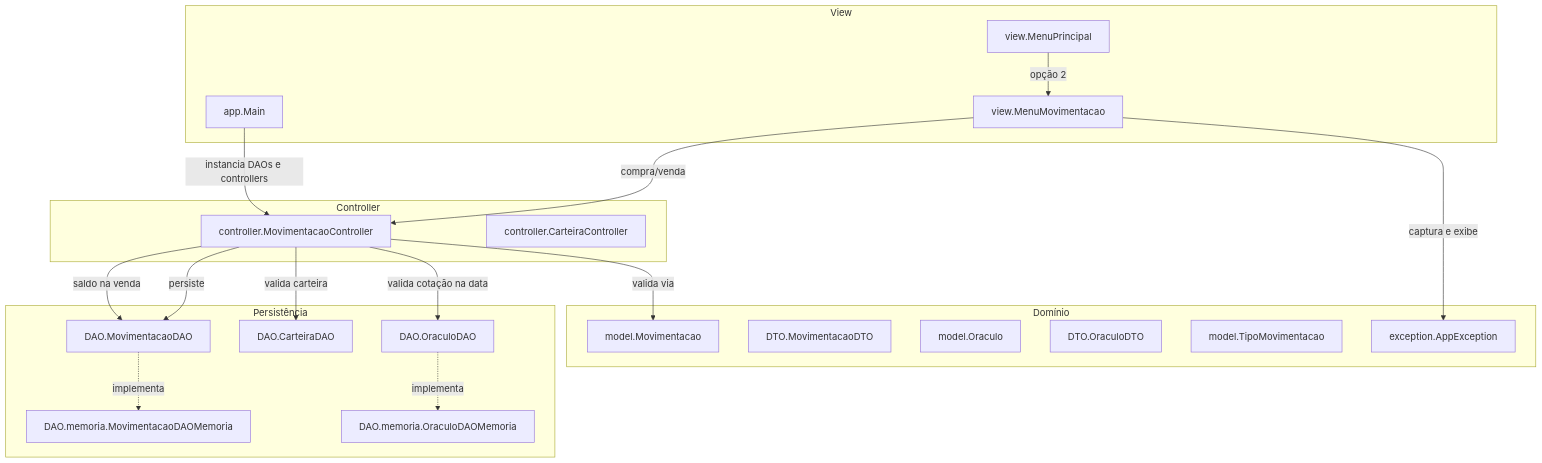
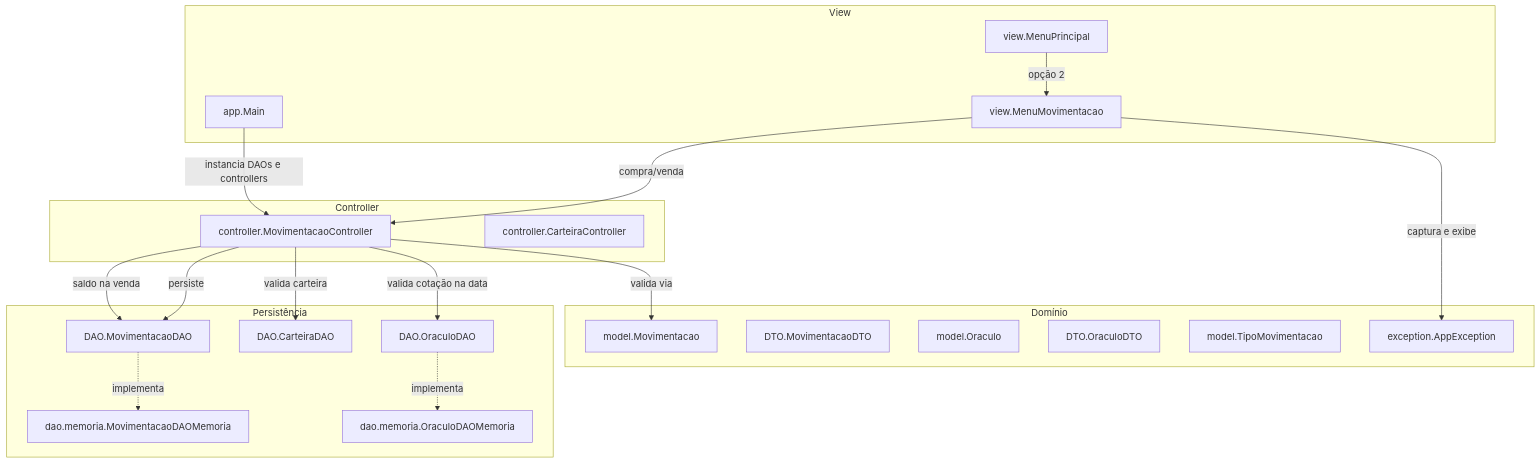
Before and after one commit to CassianoBorborema/FT_Coin: the first of 7 diagrams in docs/fluxo-movimentacao.md, drawn with Mermaid. The commit also changed other lines of this file and 147 other files, not shown here.

````diff
--- a/docs/fluxo-movimentacao.md
+++ b/docs/fluxo-movimentacao.md
@@ -11,42 +11,42 @@
 ```mermaid
 flowchart TB
     subgraph viewLayer [View]
         Main["app.Main"]
         MenuPrincipal["view.MenuPrincipal"]
         MenuMovimentacao["view.MenuMovimentacao"]
     end
 
     subgraph controllerLayer [Controller]
         MovimentacaoController["controller.MovimentacaoController"]
         CarteiraController["controller.CarteiraController"]
     end
 
     subgraph domainLayer [Domínio]
         MovimentacaoModel["model.Movimentacao"]
         MovimentacaoDTO["DTO.MovimentacaoDTO"]
         OraculoModel["model.Oraculo"]
         OraculoDTO["DTO.OraculoDTO"]
         TipoMov["model.TipoMovimentacao"]
         AppException["exception.AppException"]
     end
 
     subgraph persistenceLayer [Persistência]
         MovimentacaoDAO["DAO.MovimentacaoDAO"]
-        MovimentacaoDAOMemoria["DAO.memoria.MovimentacaoDAOMemoria"]
+        MovimentacaoDAOMemoria["dao.memoria.MovimentacaoDAOMemoria"]
         CarteiraDAO["DAO.CarteiraDAO"]
         OraculoDAO["DAO.OraculoDAO"]
-        OraculoDAOMemoria["DAO.memoria.OraculoDAOMemoria"]
+        OraculoDAOMemoria["dao.memoria.OraculoDAOMemoria"]
     end
 
     Main -->|"instancia DAOs e controllers"| MovimentacaoController
     MenuPrincipal -->|"opção 2"| MenuMovimentacao
     MenuMovimentacao -->|"compra/venda"| MovimentacaoController
     MovimentacaoController -->|"valida carteira"| CarteiraDAO
     MovimentacaoController -->|"valida cotação na data"| OraculoDAO
     MovimentacaoController -->|"valida via"| MovimentacaoModel
     MovimentacaoController -->|"saldo na venda"| MovimentacaoDAO
     MovimentacaoController -->|"persiste"| MovimentacaoDAO
     MovimentacaoDAO -.->|"implementa"| MovimentacaoDAOMemoria
     OraculoDAO -.->|"implementa"| OraculoDAOMemoria
     MenuMovimentacao -->|"captura e exibe"| AppException
 ```
````
